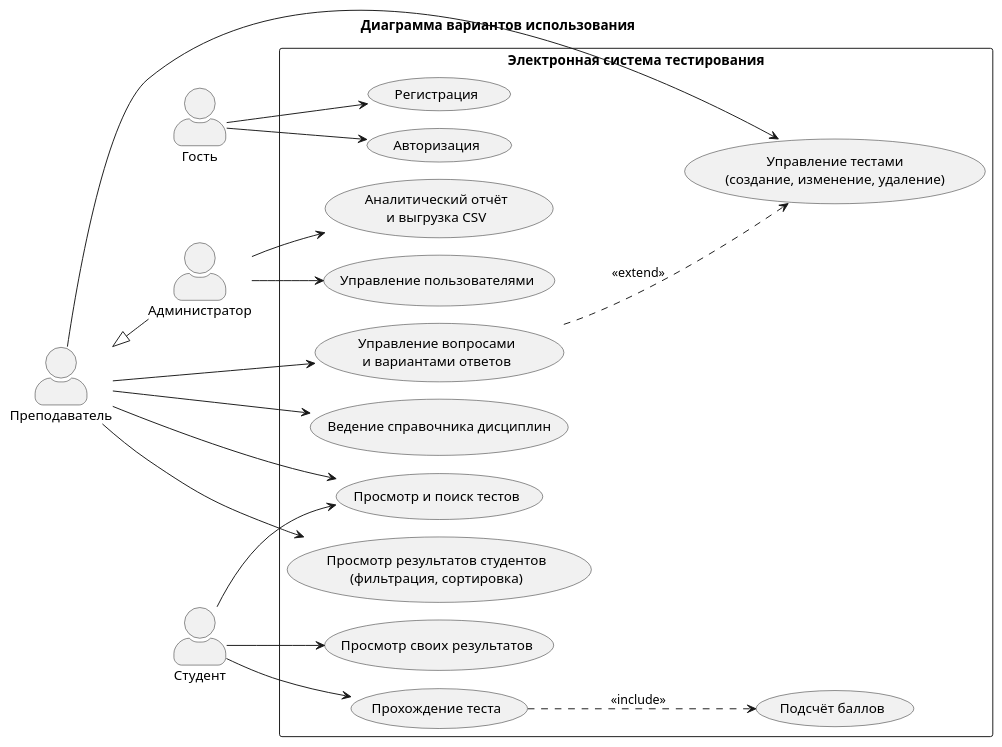
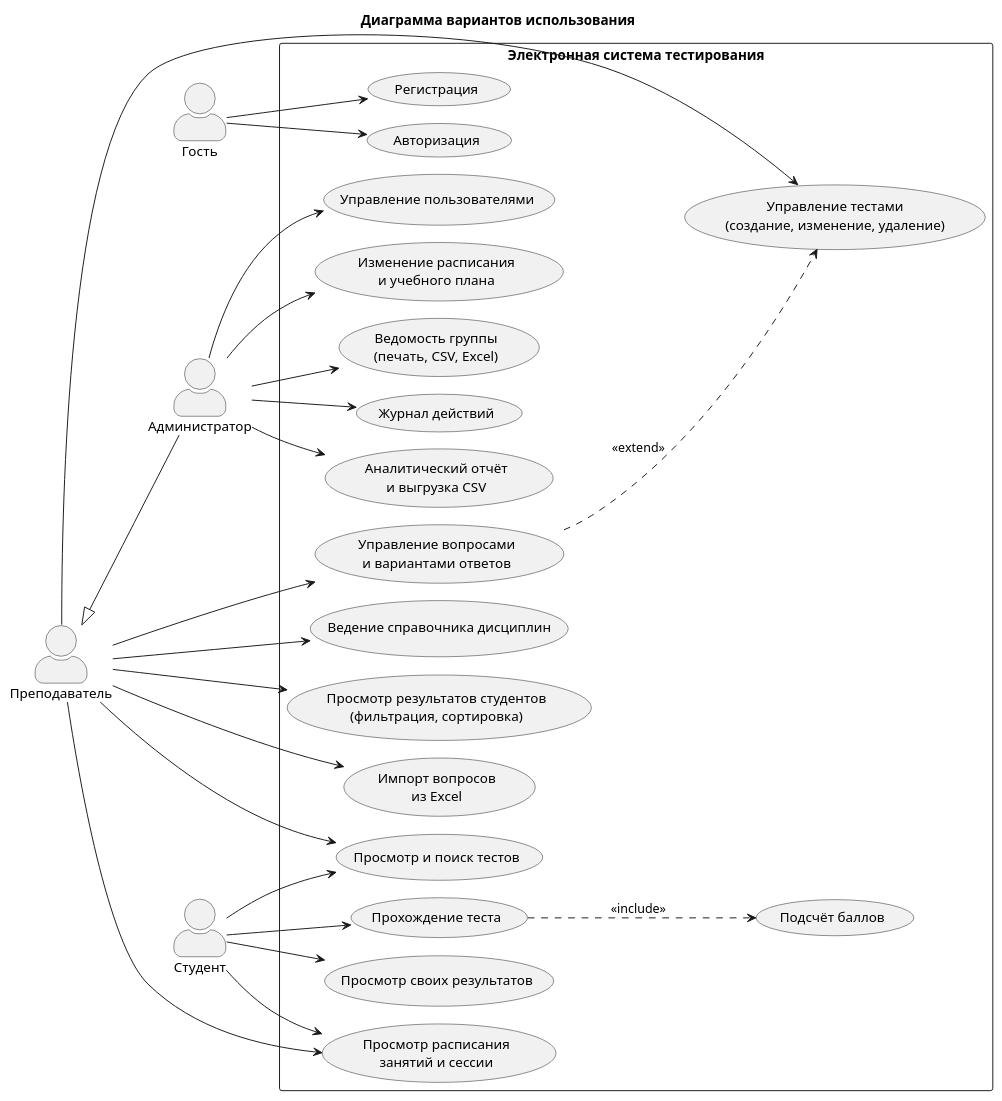
The diagram in docs/uml/1_use_case.puml (ChibryakovT/student-testing-system), drawn with PlantUML before and after one commit. The commit also changed 15 other files, not shown here.

```diff
--- a/docs/uml/1_use_case.puml
+++ b/docs/uml/1_use_case.puml
@@ -1,42 +1,53 @@
 @startuml use_case
 !pragma layout smetana
 skinparam defaultFontName Arial
 skinparam actorStyle awesome
 left to right direction
 title Диаграмма вариантов использования
 
 actor "Гость" as G
 actor "Студент" as S
 actor "Преподаватель" as T
 actor "Администратор" as A
 T <|-- A
 
 rectangle "Электронная система тестирования" {
   usecase "Регистрация" as UC1
   usecase "Авторизация" as UC2
   usecase "Просмотр и поиск тестов" as UC3
   usecase "Прохождение теста" as UC4
   usecase "Просмотр своих результатов" as UC5
   usecase "Управление тестами\n(создание, изменение, удаление)" as UC6
   usecase "Управление вопросами\nи вариантами ответов" as UC7
   usecase "Ведение справочника дисциплин" as UC8
   usecase "Просмотр результатов студентов\n(фильтрация, сортировка)" as UC9
   usecase "Аналитический отчёт\nи выгрузка CSV" as UC10
   usecase "Управление пользователями" as UC11
+  usecase "Просмотр расписания\nзанятий и сессии" as UC13
+  usecase "Изменение расписания\nи учебного плана" as UC14
+  usecase "Ведомость группы\n(печать, CSV, Excel)" as UC15
+  usecase "Импорт вопросов\nиз Excel" as UC16
+  usecase "Журнал действий" as UC17
   usecase "Подсчёт баллов" as UC12
 }
 G --> UC1
 G --> UC2
 S --> UC3
 S --> UC4
 S --> UC5
 T --> UC3
 T --> UC6
 T --> UC7
 T --> UC8
 T --> UC9
 A --> UC10
 A --> UC11
+S --> UC13
+T --> UC13
+A --> UC14
+A --> UC15
+A --> UC17
+T --> UC16
 UC4 ..> UC12 : <<include>>
 UC7 ..> UC6 : <<extend>>
 @enduml
```
